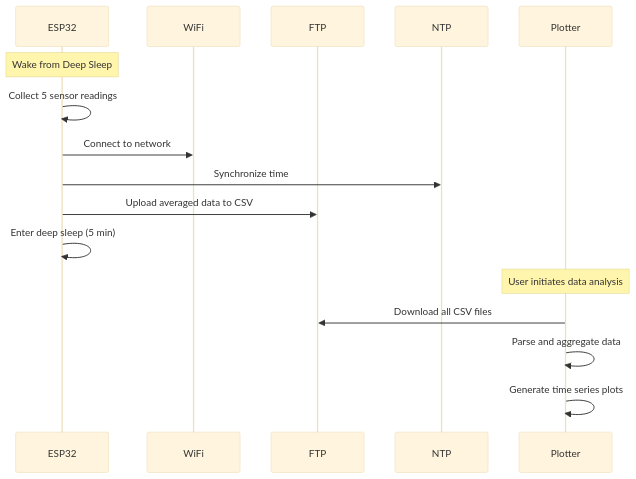
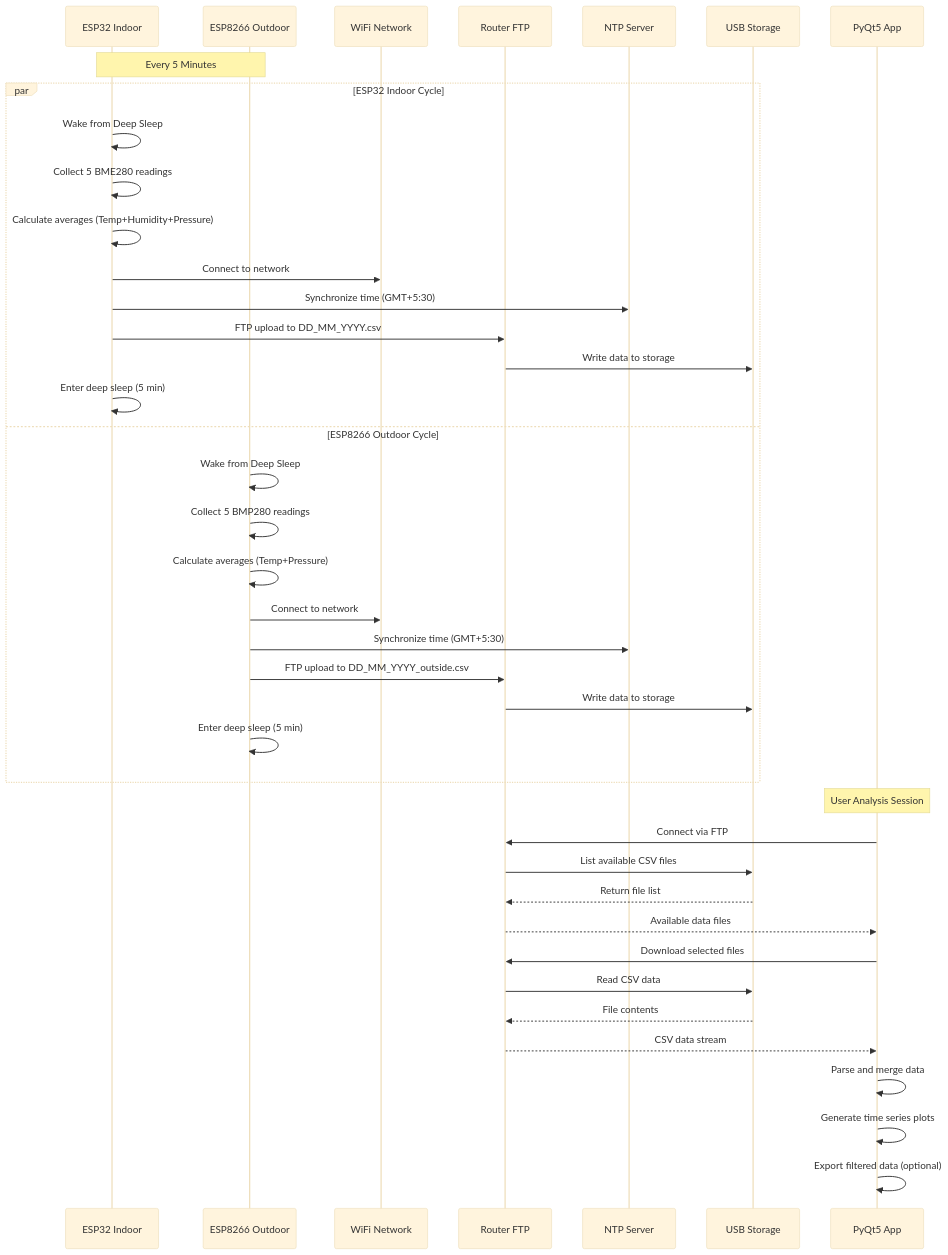
Before and after one commit to ExploiTR/RoutineTimer: the second of 2 diagrams in HLD.md, drawn with Mermaid (base theme). The commit also changed other lines of this file and 4 other files, not shown here.

````diff
--- a/HLD.md
+++ b/HLD.md
@@ -70,20 +106,45 @@
 ```mermaid
 sequenceDiagram
-    participant ESP32
-    participant WiFi
-    participant FTP
-    participant NTP
-    participant Plotter
+    participant ESP32 as ESP32 Indoor
+    participant ESP8266 as ESP8266 Outdoor
+    participant WiFi as WiFi Network
+    participant Router as Router FTP
+    participant NTP as NTP Server
+    participant USB as USB Storage
+    participant App as PyQt5 App
     
-    Note over ESP32: Wake from Deep Sleep
-    ESP32->>ESP32: Collect 5 sensor readings
-    ESP32->>WiFi: Connect to network
-    ESP32->>NTP: Synchronize time
-    ESP32->>FTP: Upload averaged data to CSV
-    ESP32->>ESP32: Enter deep sleep (5 min)
+    Note over ESP32,ESP8266: Every 5 Minutes
     
-    Note over Plotter: User initiates data analysis
-    Plotter->>FTP: Download all CSV files
-    Plotter->>Plotter: Parse and aggregate data
-    Plotter->>Plotter: Generate time series plots
+    par ESP32 Indoor Cycle
+        ESP32->>ESP32: Wake from Deep Sleep
+        ESP32->>ESP32: Collect 5 BME280 readings
+        ESP32->>ESP32: Calculate averages (Temp+Humidity+Pressure)
+        ESP32->>WiFi: Connect to network
+        ESP32->>NTP: Synchronize time (GMT+5:30)
+        ESP32->>Router: FTP upload to DD_MM_YYYY.csv
+        Router->>USB: Write data to storage
+        ESP32->>ESP32: Enter deep sleep (5 min)
+    and ESP8266 Outdoor Cycle
+        ESP8266->>ESP8266: Wake from Deep Sleep
+        ESP8266->>ESP8266: Collect 5 BMP280 readings
+        ESP8266->>ESP8266: Calculate averages (Temp+Pressure)
+        ESP8266->>WiFi: Connect to network
+        ESP8266->>NTP: Synchronize time (GMT+5:30)
+        ESP8266->>Router: FTP upload to DD_MM_YYYY_outside.csv
+        Router->>USB: Write data to storage
+        ESP8266->>ESP8266: Enter deep sleep (5 min)
+    end
+    
+    Note over App: User Analysis Session
+    App->>Router: Connect via FTP
+    Router->>USB: List available CSV files
+    USB-->>Router: Return file list
+    Router-->>App: Available data files
+    App->>Router: Download selected files
+    Router->>USB: Read CSV data
+    USB-->>Router: File contents
+    Router-->>App: CSV data stream
+    App->>App: Parse and merge data
+    App->>App: Generate time series plots
+    App->>App: Export filtered data (optional)
 ```
````
